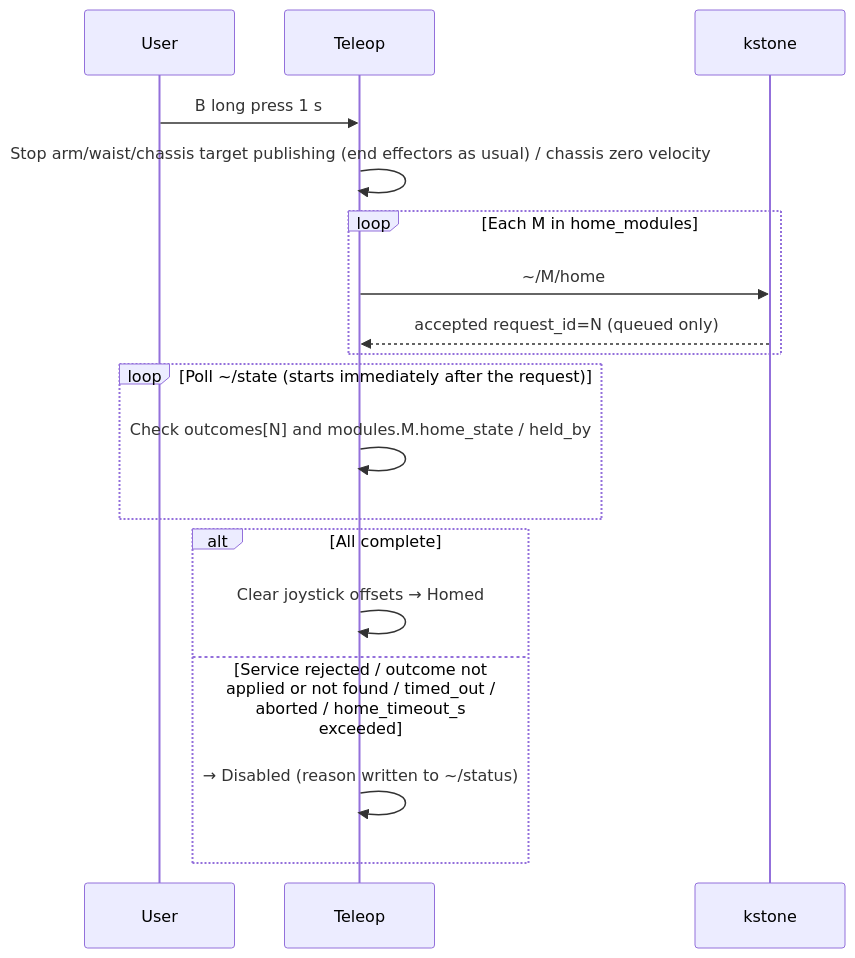
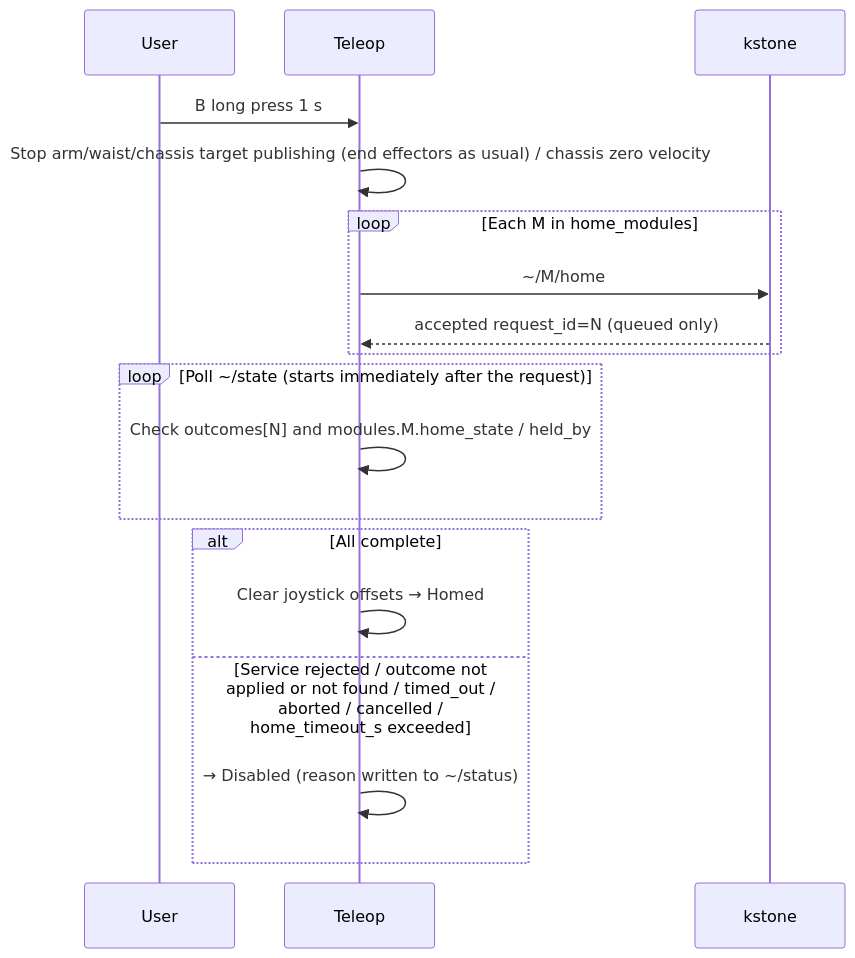
Before and after one commit to AgilexOpensource/lookie_ros: the sixth of 6 diagrams in lookie_teleop/docs/vr_teleop_dev_design.md, drawn with Mermaid. The commit also changed other lines of this file and 4 other files, not shown here.

````diff
--- a/lookie_teleop/docs/vr_teleop_dev_design.md
+++ b/lookie_teleop/docs/vr_teleop_dev_design.md
@@ -404,20 +406,20 @@
 ```mermaid
 sequenceDiagram
     participant U as User
     participant T as Teleop
     participant K as kstone
     U->>T: B long press 1 s
     T->>T: Stop arm/waist/chassis target publishing (end effectors as usual) / chassis zero velocity
     loop Each M in home_modules
         T->>K: ~/M/home
         K-->>T: accepted request_id=N (queued only)
     end
     loop Poll ~/state (starts immediately after the request)
         T->>T: Check outcomes[N] and modules.M.home_state / held_by
     end
     alt All complete
         T->>T: Clear joystick offsets → Homed
-    else Service rejected / outcome not applied or not found / timed_out / aborted / home_timeout_s exceeded
+    else Service rejected / outcome not applied or not found / timed_out / aborted / cancelled / home_timeout_s exceeded
         T->>T: → Disabled (reason written to ~/status)
     end
 ```
````
